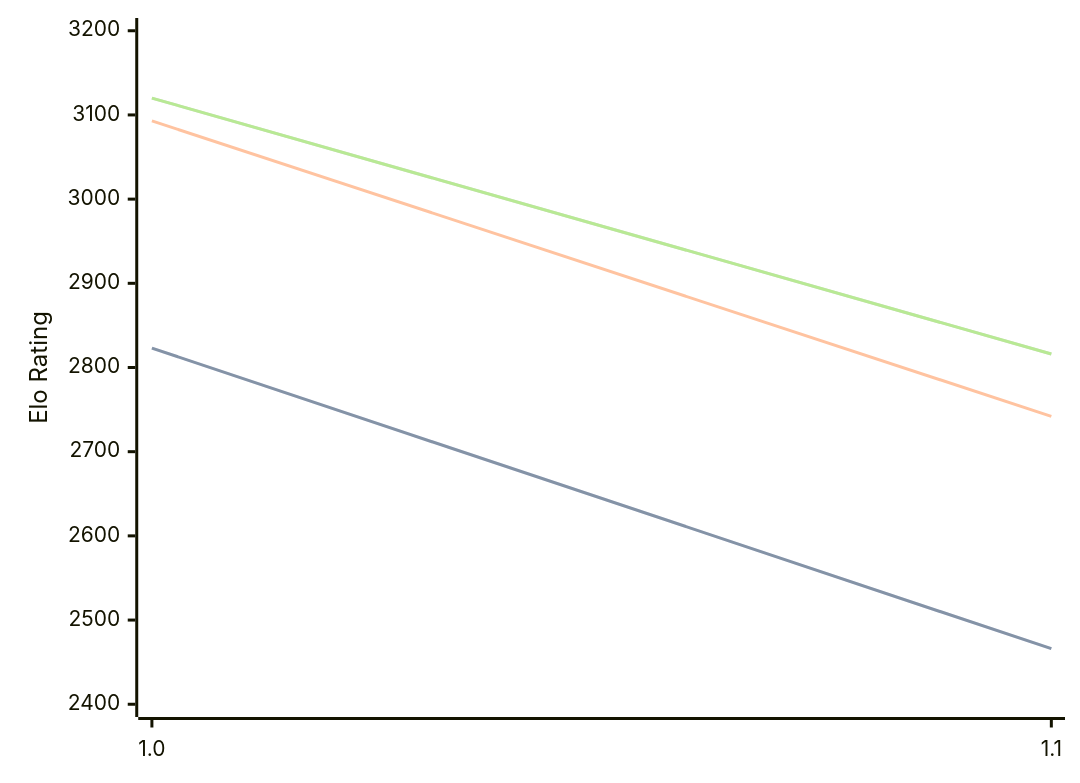
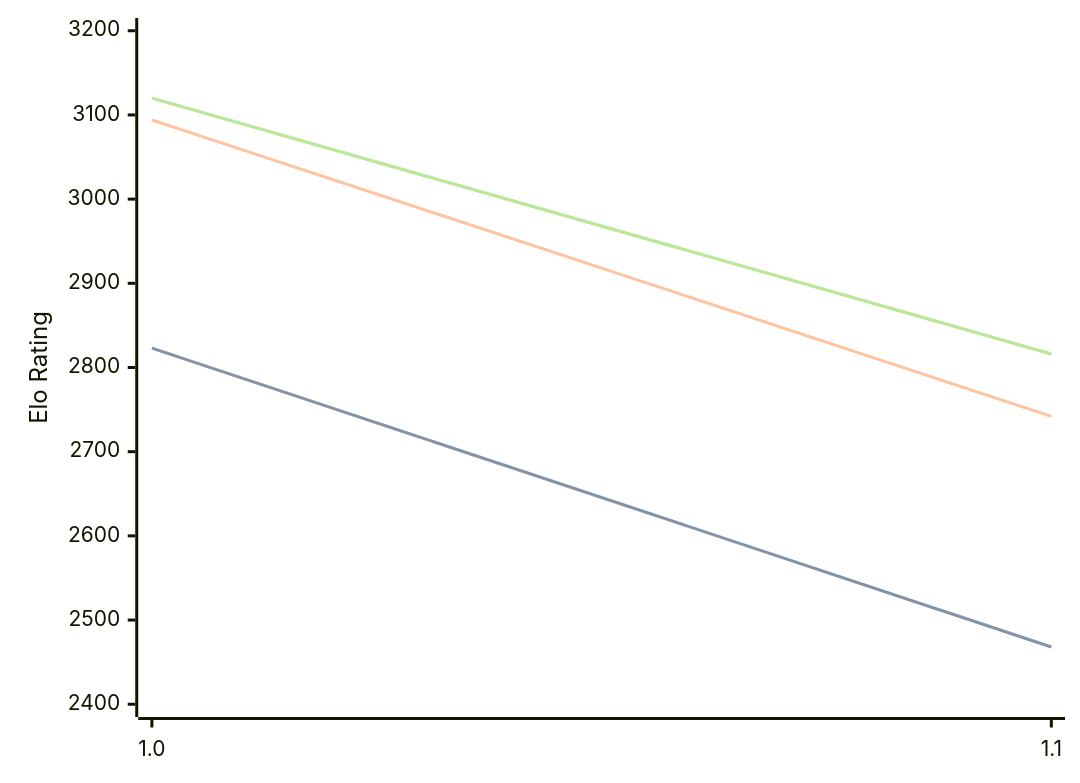
One commit to computer-chess-index/cci changed the first of 3 diagrams in engines/Publius.md. Above: the diagram before and after it, drawn with Mermaid. The commit also changed other lines of this file, not shown here.

````diff
--- a/engines/Publius.md
+++ b/engines/Publius.md
@@ -32,11 +32,11 @@
 ```mermaid
 %%{init: {"theme":"base","themeVariables":{"seriesColors:['#a3a3a3','#222221','#faa371']}}}%%
 xychart-beta
   x-axis ["1.0", "1.1"]
   y-axis "Elo Rating" 2400 --> 3200
-  line "STC (8.0+0.08s)" [2823, 2466]
-  line "STC (8.0+0.08s)" [2823, 2466]
-  line "LTC (60.0+0.60s)" [3093, 2742]
+  line "STC (8.0+0.08s)" [2823, 2468]
+  line "STC (8.0+0.08s)" [2823, 2468]
+  line "LTC (60.0+0.60s)" [3094, 2742]
   line "VLTC (2m24s+1.12s)" [3120, 2816]
   line "VLTC (2m24s+1.12s)" [3120, 2816]
 ```
````
